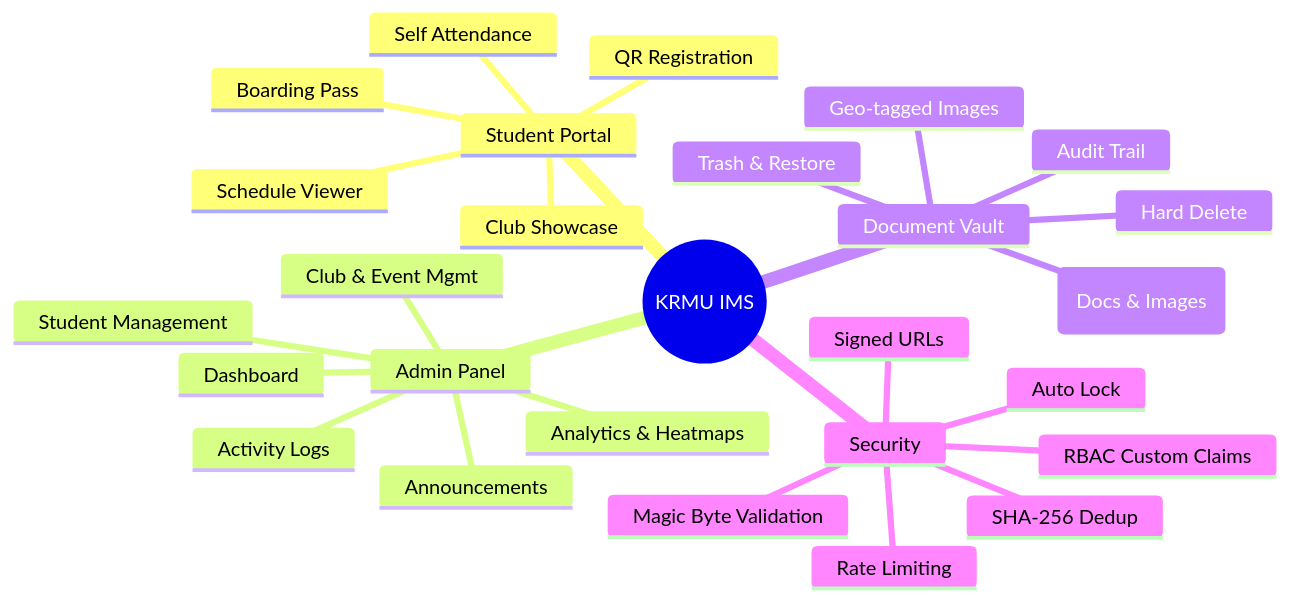
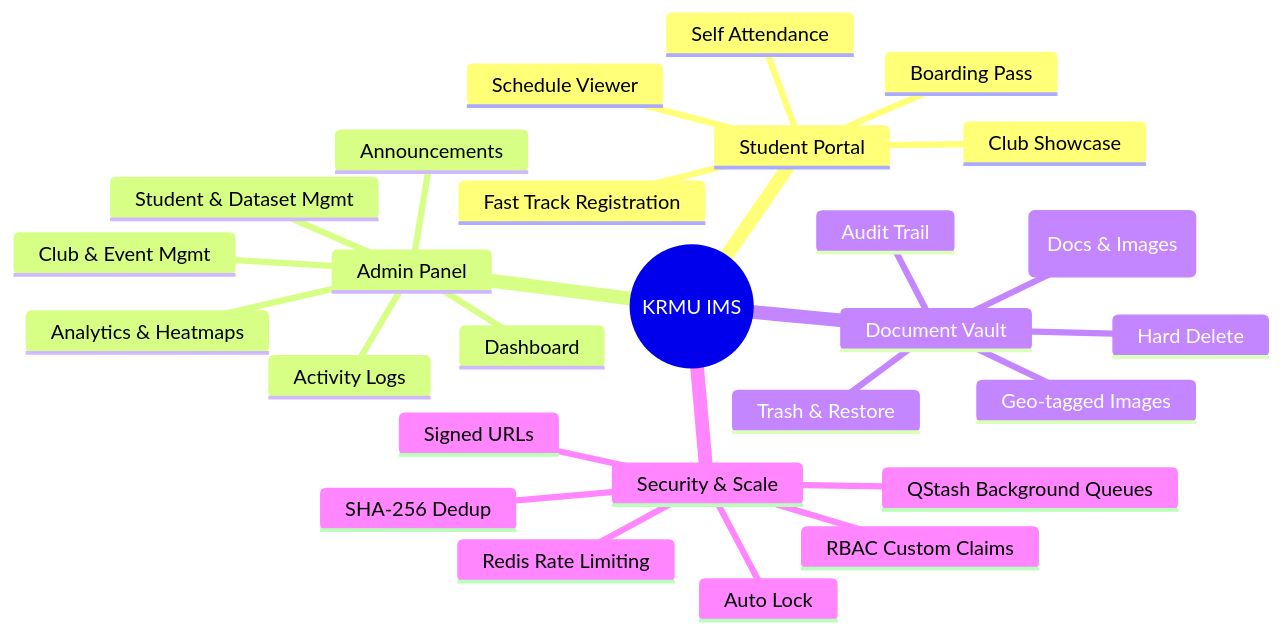
One commit to MRINALPRAKASHFSD/Induction-Program changed the first of 7 diagrams in README.md. Above: the diagram before and after it, drawn with Mermaid. The commit also changed other lines of this file, not shown here.

Commit message:
docs: update README with Fast Track and Upstash architecture

````diff
--- a/README.md
+++ b/README.md
@@ -11,30 +11,30 @@
 ```mermaid
 mindmap
   root((KRMU IMS))
     Student Portal
-      QR Registration
+      Fast Track Registration
       Boarding Pass
       Self Attendance
       Club Showcase
       Schedule Viewer
     Admin Panel
       Dashboard
-      Student Management
+      Student & Dataset Mgmt
       Club & Event Mgmt
       Announcements
       Analytics & Heatmaps
       Activity Logs
     Document Vault
       Upload (Docs & Images)
       Geo-tagged Images
       Trash & Restore
       Hard Delete
       Audit Trail
-    Security
+    Security & Scale
       RBAC Custom Claims
       Signed URLs
-      Magic Byte Validation
+      Redis Rate Limiting
+      QStash Background Queues
       SHA-256 Dedup
-      Rate Limiting
       Auto Lock
 ```
````
